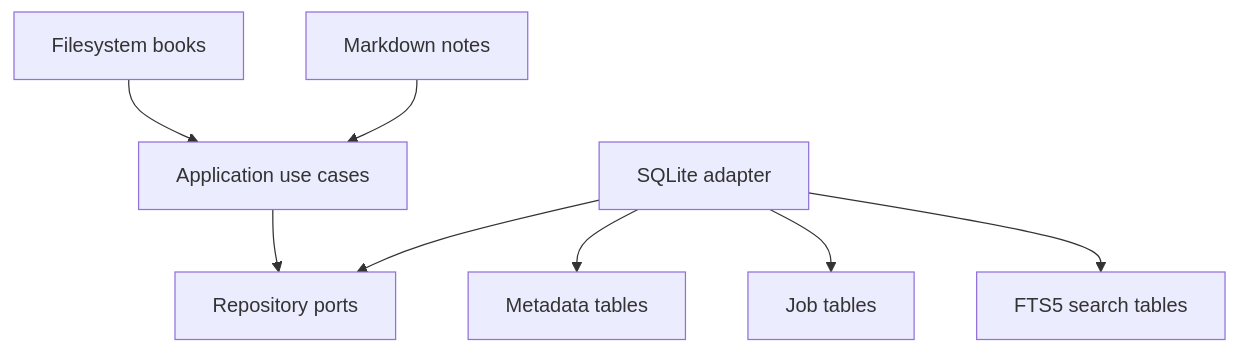
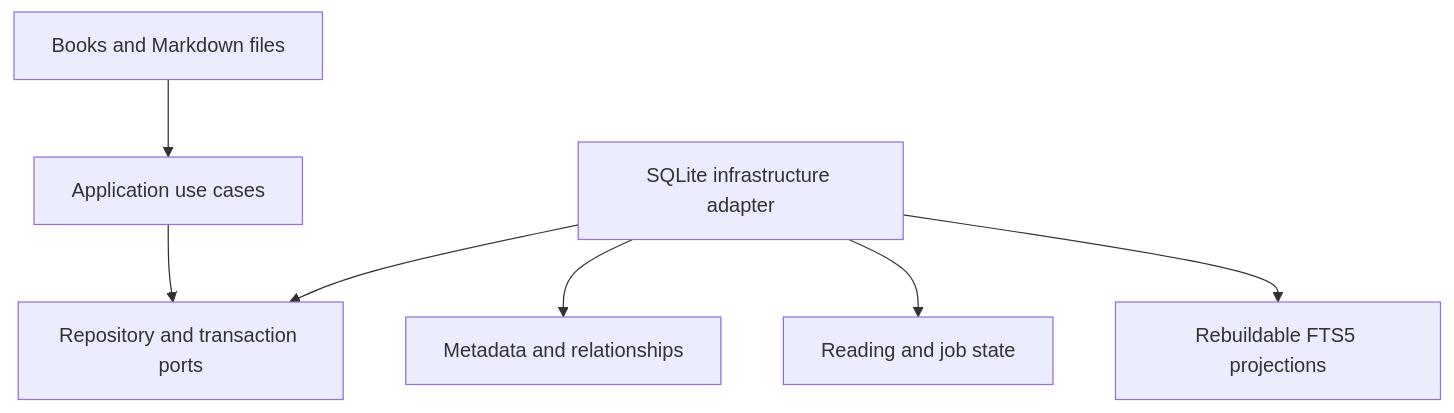
The diagram in docs/adr/ADR-001-use-sqlite.md (vuthanhdat/book-library), drawn with Mermaid before and after one commit. The commit also changed other lines of this file, not shown here.

Commit message:
docs: standardize SQLite decision record

````diff
--- a/docs/adr/ADR-001-use-sqlite.md
+++ b/docs/adr/ADR-001-use-sqlite.md
@@ -47,10 +56,9 @@
 ```mermaid
 flowchart TD
-    App["Application use cases"] --> Repo["Repository ports"]
-    SQLiteAdapter["SQLite adapter"] --> Repo
-    SQLiteAdapter --> Tables["Metadata tables"]
-    SQLiteAdapter --> Jobs["Job tables"]
-    SQLiteAdapter --> FTS["FTS5 search tables"]
-    FS["Filesystem books"] --> App
-    Notes["Markdown notes"] --> App
+    UseCases["Application use cases"] --> Ports["Repository and transaction ports"]
+    SQLiteAdapter["SQLite infrastructure adapter"] --> Ports
+    SQLiteAdapter --> Metadata["Metadata and relationships"]
+    SQLiteAdapter --> State["Reading and job state"]
+    SQLiteAdapter --> FTS["Rebuildable FTS5 projections"]
+    Files["Books and Markdown files"] --> UseCases
 ```
````
